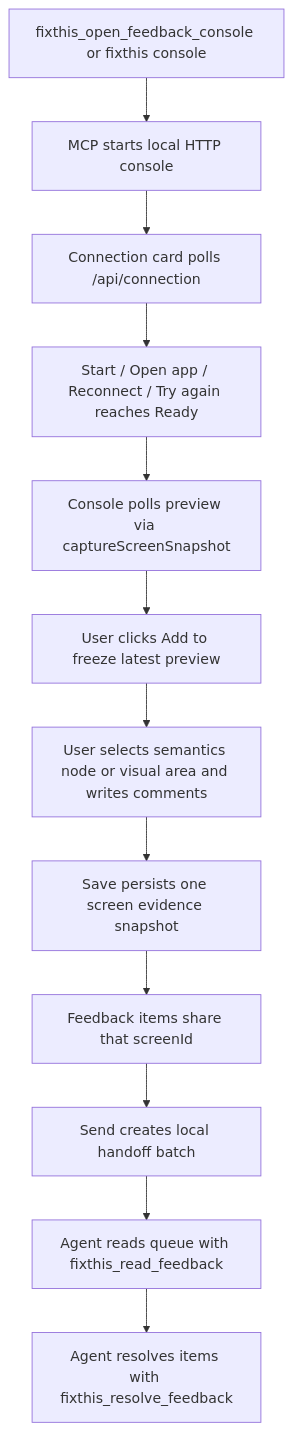
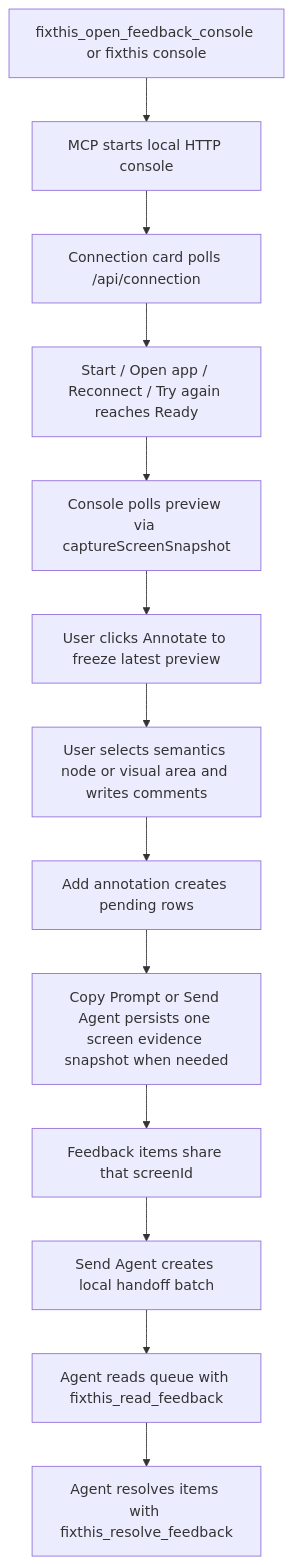
Before and after one commit to beyondwin/FixThis: the second of 2 diagrams in docs/project-overview.md, drawn with Mermaid. The commit also changed other lines of this file and 10 other files, not shown here.

````diff
--- a/docs/project-overview.md
+++ b/docs/project-overview.md
@@ -169,14 +169,15 @@
 ```mermaid
 flowchart TD
     A["fixthis_open_feedback_console or fixthis console"] --> B["MCP starts local HTTP console"]
     B --> C["Connection card polls /api/connection"]
     C --> D["Start / Open app / Reconnect / Try again reaches Ready"]
     D --> E["Console polls preview via captureScreenSnapshot"]
-    E --> F["User clicks Add to freeze latest preview"]
+    E --> F["User clicks Annotate to freeze latest preview"]
     F --> G["User selects semantics node or visual area and writes comments"]
-    G --> H["Save persists one screen evidence snapshot"]
-    H --> I["Feedback items share that screenId"]
-    I --> J["Send creates local handoff batch"]
-    J --> K["Agent reads queue with fixthis_read_feedback"]
-    K --> L["Agent resolves items with fixthis_resolve_feedback"]
+    G --> H["Add annotation creates pending rows"]
+    H --> I["Copy Prompt or Send Agent persists one screen evidence snapshot when needed"]
+    I --> J["Feedback items share that screenId"]
+    J --> K["Send Agent creates local handoff batch"]
+    K --> L["Agent reads queue with fixthis_read_feedback"]
+    L --> M["Agent resolves items with fixthis_resolve_feedback"]
 ```
````
